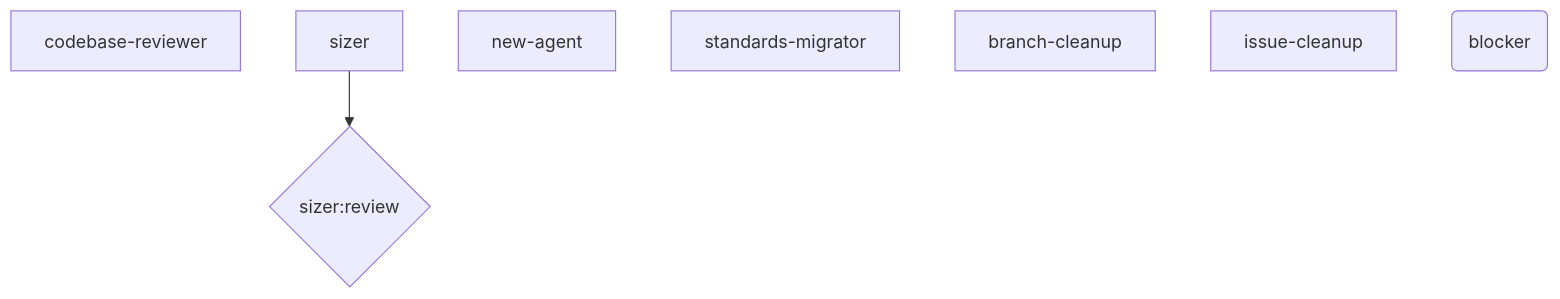
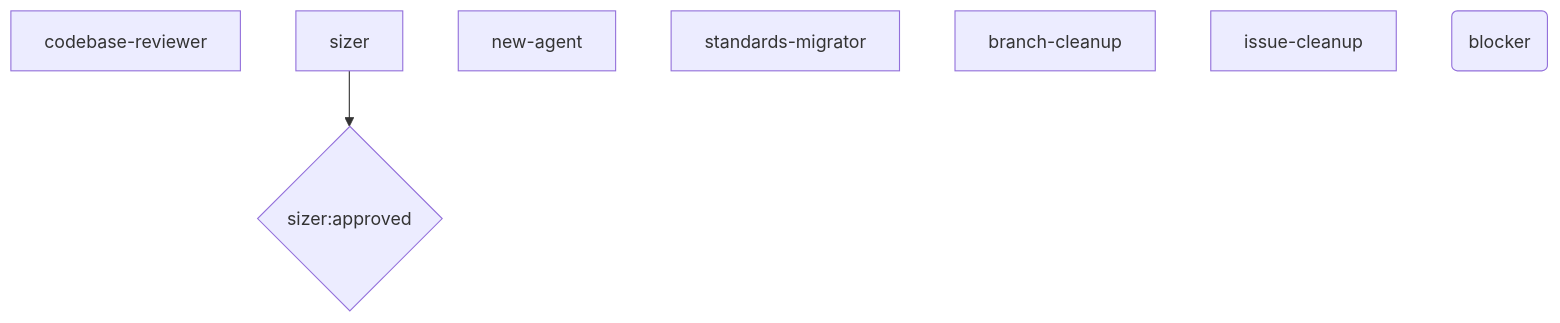
One commit to M-A-Operating-System/ai-coding-standards2 changed the diagram in docs/product/orchestrator/generated/phases/00_ondemand.mmd. Above: the diagram before and after it, drawn with Mermaid. The commit also changed 7 other files, not shown here.

First line of the commit message:
fix(sizer): change human_gate_label from sizer:review to sizer:approved

```diff
--- a/docs/product/orchestrator/generated/phases/00_ondemand.mmd
+++ b/docs/product/orchestrator/generated/phases/00_ondemand.mmd
@@ -1,10 +1,10 @@
 flowchart TD
     n_00_ondemand__codebase_reviewer["codebase-reviewer"]
     n_00_ondemand__sizer["sizer"]
     n_00_ondemand__new_agent["new-agent"]
     n_00_ondemand__standards_migrator["standards-migrator"]
     n_00_ondemand__branch_cleanup["branch-cleanup"]
     n_00_ondemand__issue_cleanup["issue-cleanup"]
     n_00_ondemand__blocker("blocker")
-    gate__n_00_ondemand__sizer{"sizer:review"}
+    gate__n_00_ondemand__sizer{"sizer:approved"}
     n_00_ondemand__sizer --> gate__n_00_ondemand__sizer
```
